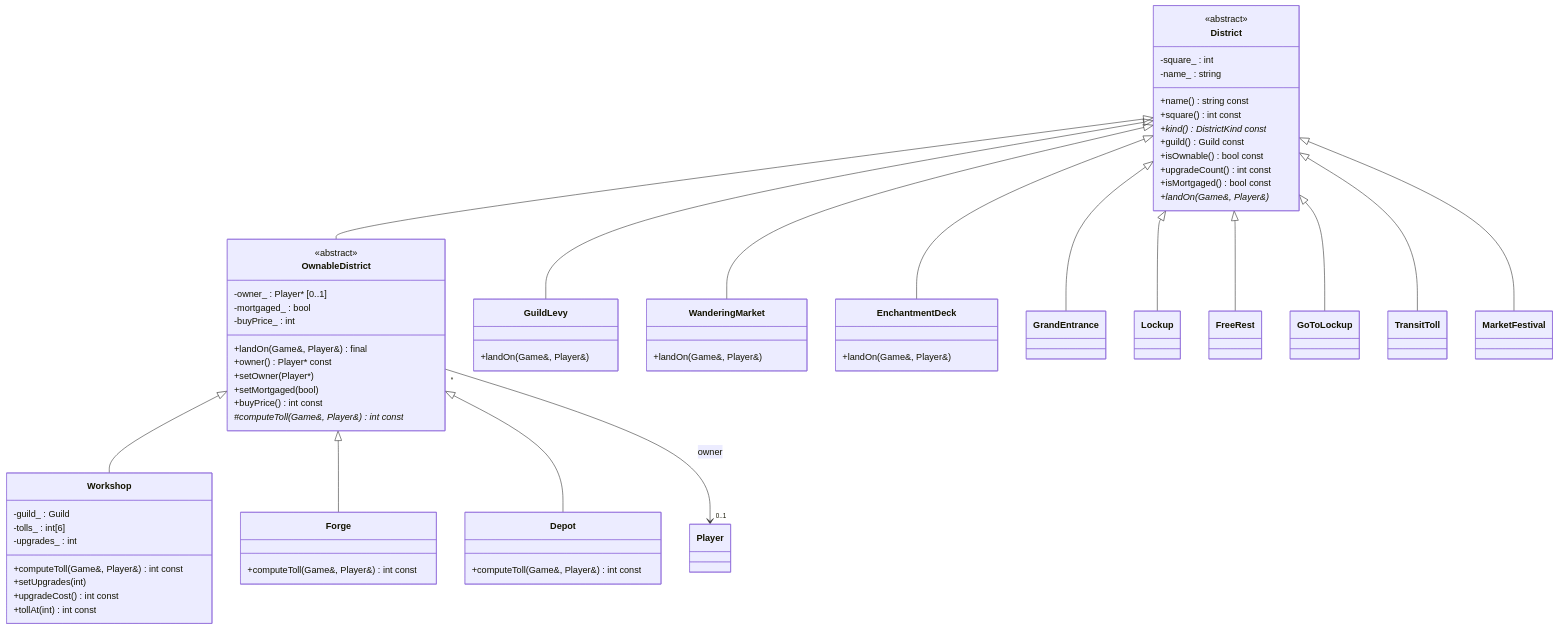
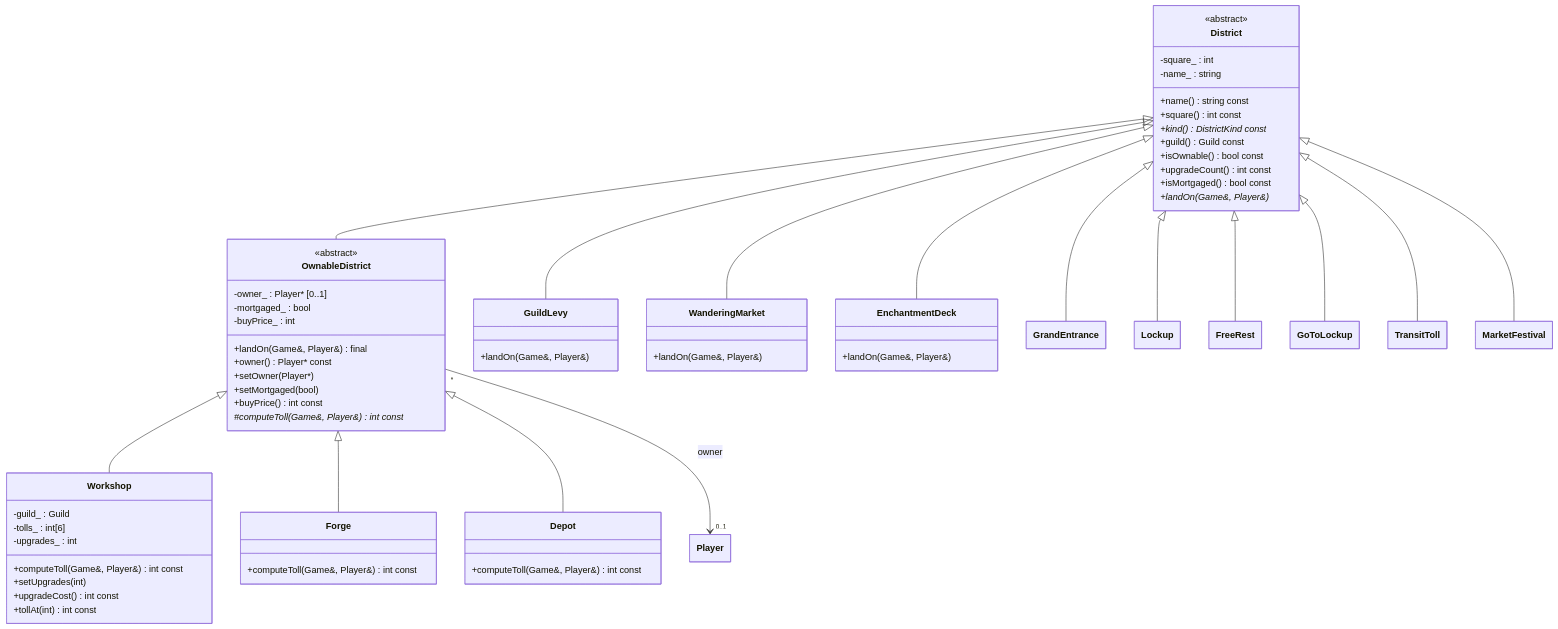
Before and after one commit to jasmehar-k/hungry-hungry-capitalists: the second of 6 diagrams in uml.md, drawn with Mermaid. The commit also changed other lines of this file and 5 other files, not shown here.

Commit message:
hide empty member boxes so name only classes render as single boxes

````diff
--- a/uml.md
+++ b/uml.md
@@ -93,70 +98,75 @@
 ```mermaid
+---
+config:
+  class:
+    hideEmptyMembersBox: true
+---
 classDiagram
     direction TB
 
     class District {
         <<abstract>>
         +name() string const
         +square() int const
         +kind() DistrictKind const*
         +guild() Guild const
         +isOwnable() bool const
         +upgradeCount() int const
         +isMortgaged() bool const
         +landOn(Game&, Player&)*
         -square_ : int
         -name_ : string
     }
     class OwnableDistrict {
         <<abstract>>
         +landOn(Game&, Player&) final
         +owner() Player* const
         +setOwner(Player*)
         +setMortgaged(bool)
         +buyPrice() int const
         #computeToll(Game&, Player&) int const*
         -owner_ : Player* [0..1]
         -mortgaged_ : bool
         -buyPrice_ : int
     }
     class Workshop {
         +computeToll(Game&, Player&) int const
         +setUpgrades(int)
         +upgradeCost() int const
         +tollAt(int) int const
         -guild_ : Guild
         -tolls_ : int[6]
         -upgrades_ : int
     }
     class Forge {
         +computeToll(Game&, Player&) int const
     }
     class Depot {
         +computeToll(Game&, Player&) int const
     }
     class GuildLevy {
         +landOn(Game&, Player&)
     }
     class WanderingMarket {
         +landOn(Game&, Player&)
     }
     class EnchantmentDeck {
         +landOn(Game&, Player&)
     }
 
     District <|-- OwnableDistrict
     OwnableDistrict <|-- Workshop
     OwnableDistrict <|-- Forge
     OwnableDistrict <|-- Depot
     District <|-- GrandEntrance
     District <|-- Lockup
     District <|-- FreeRest
     District <|-- GoToLockup
     District <|-- GuildLevy
     District <|-- TransitToll
     District <|-- MarketFestival
     District <|-- WanderingMarket
     District <|-- EnchantmentDeck
 
     OwnableDistrict "*" --> "0..1" Player : owner
 ```
````
